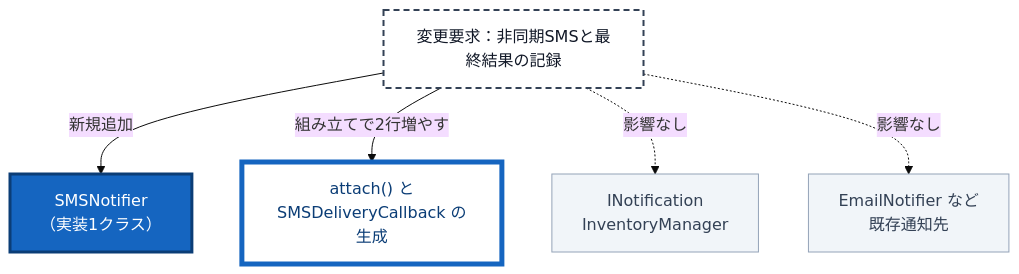
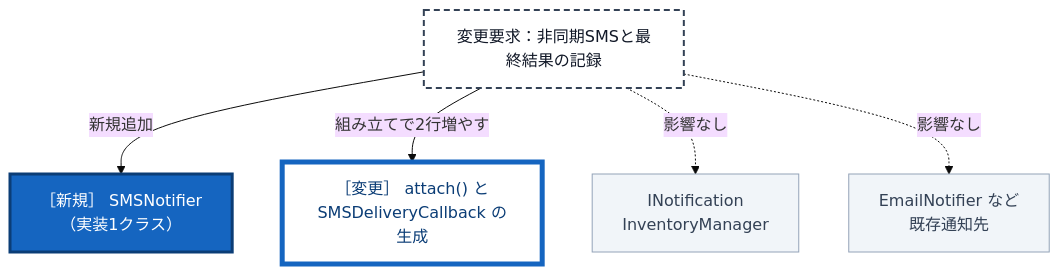
Diagram 13 of 15 in kindle/design-patterns/books/volume01-core-patterns/output/05-chapter03.md (kumachan1101-pixel/DesignPattern), drawn with Mermaid (base theme) before and after one commit. The commit also changed other lines of this file and 40 other files, not shown here.

````diff
--- a/kindle/design-patterns/books/volume01-core-patterns/output/05-chapter03.md
+++ b/kindle/design-patterns/books/volume01-core-patterns/output/05-chapter03.md
@@ -3117,13 +3137,13 @@
 ```mermaid
 graph TD
     T1["変更要求：非同期SMSと最終結果の記録"]:::req
-        -->|新規追加| N1["SMSNotifier<br>（実装1クラス）"]:::added
-    T1 -->|組み立てで2行増やす| N2["attach() と<br>SMSDeliveryCallback の生成"]:::touched
+        -->|新規追加| N1["［新規］ SMSNotifier<br>（実装1クラス）"]:::added
+    T1 -->|組み立てで2行増やす| N2["［変更］ attach() と<br>SMSDeliveryCallback の生成"]:::touched
     T1 -. "影響なし" .-> A["INotification<br>InventoryManager"]:::keep
     T1 -. "影響なし" .-> B["EmailNotifier など<br>既存通知先"]:::keep
 
     classDef req fill:#ffffff,stroke:#334155,stroke-width:2px,stroke-dasharray:6 4,color:#111827;
     classDef keep fill:#f1f5f9,stroke:#94a3b8,color:#334155;
     classDef added fill:#1565c0,stroke:#0b3d76,stroke-width:3px,color:#ffffff;
     classDef touched fill:#ffffff,stroke:#1565c0,stroke-width:5px,color:#0b3d76;
 ```
````
